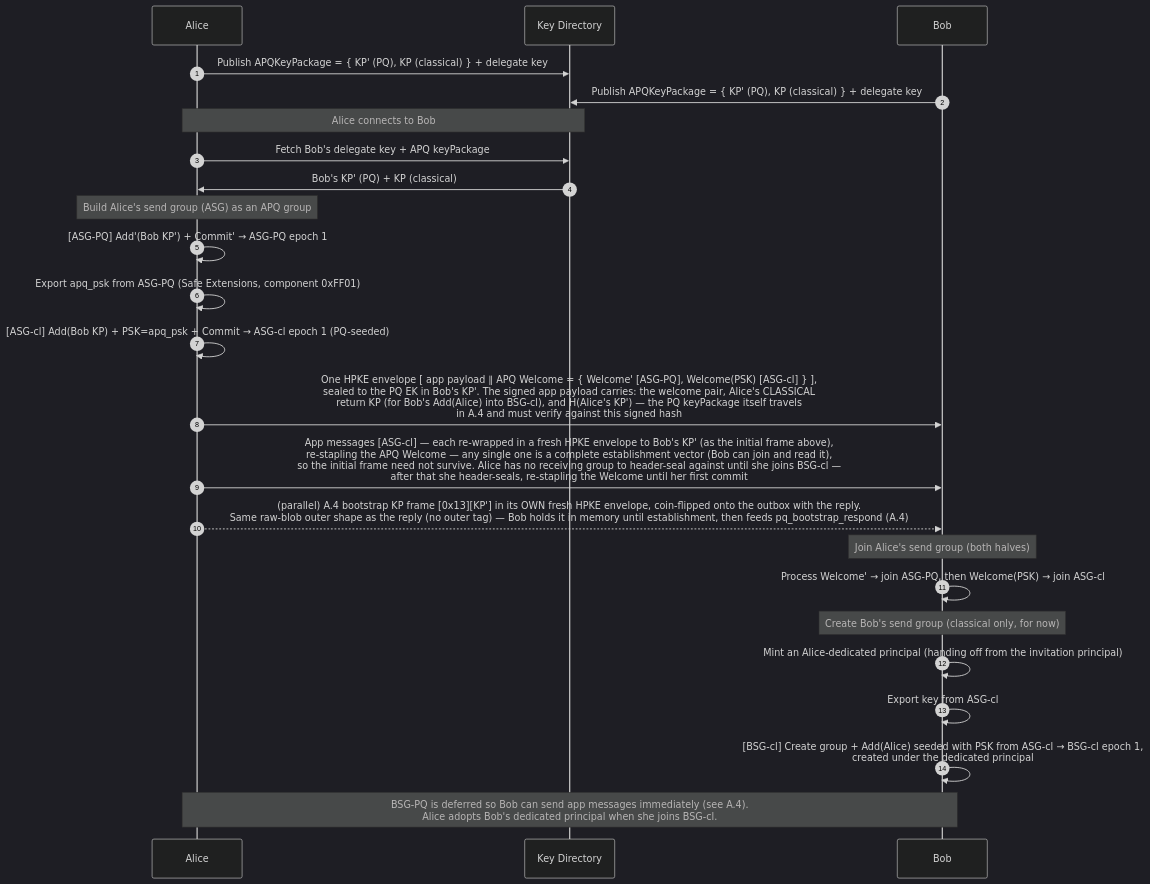
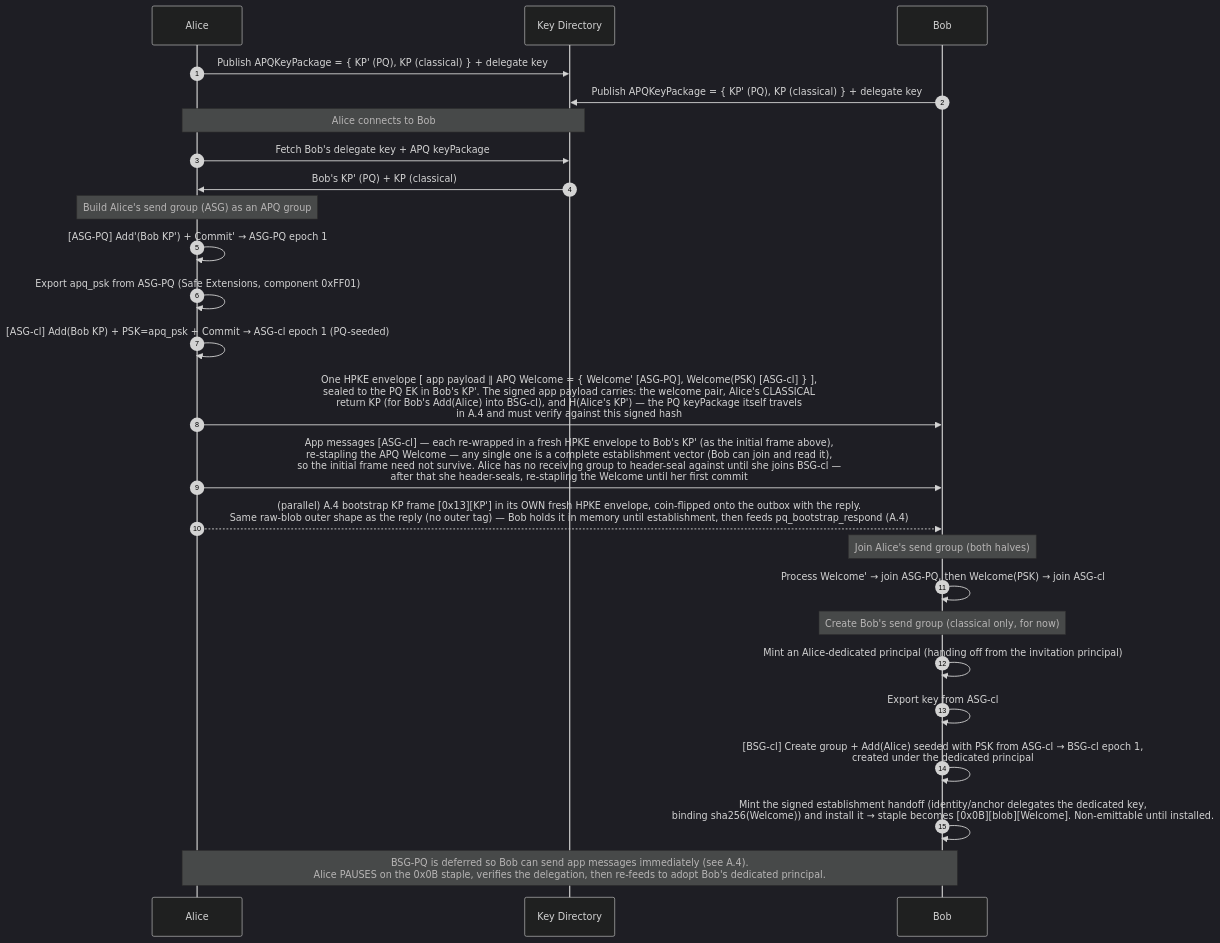
The sixth of 10 diagrams in book/src/protocol-flows.md (germ-network/TwoMLSPQ), drawn with Mermaid (dark theme) before and after one commit. The commit also changed other lines of this file and 2 other files, not shown here.

First line of the commit message:
Document contract-26 establishment handoff (book + changeset)

````diff
--- a/book/src/protocol-flows.md
+++ b/book/src/protocol-flows.md
@@ -344,32 +344,33 @@
 ```mermaid
 sequenceDiagram
     autonumber
     participant Alice
     participant KeyDir as Key Directory
     participant Bob
 
     Alice->>KeyDir: Publish APQKeyPackage = { KP' (PQ), KP (classical) } + delegate key
     Bob->>KeyDir: Publish APQKeyPackage = { KP' (PQ), KP (classical) } + delegate key
 
     Note over Alice,KeyDir: Alice connects to Bob
     Alice->>KeyDir: Fetch Bob's delegate key + APQ keyPackage
     KeyDir->>Alice: Bob's KP' (PQ) + KP (classical)
 
     Note over Alice: Build Alice's send group (ASG) as an APQ group
     Alice->>Alice: [ASG-PQ] Add'(Bob KP') + Commit' → ASG-PQ epoch 1
     Alice->>Alice: Export apq_psk from ASG-PQ (Safe Extensions, component 0xFF01)
     Alice->>Alice: [ASG-cl] Add(Bob KP) + PSK=apq_psk + Commit → ASG-cl epoch 1 (PQ-seeded)
 
     Alice->>Bob: One HPKE envelope [ app payload ∥ APQ Welcome = { Welcome' [ASG-PQ], Welcome(PSK) [ASG-cl] } ],<br/>sealed to the PQ EK in Bob's KP'. The signed app payload carries: the welcome pair, Alice's CLASSICAL<br/>return KP (for Bob's Add(Alice) into BSG-cl), and H(Alice's KP') — the PQ keyPackage itself travels<br/>in A.4 and must verify against this signed hash
     Alice->>Bob: App messages [ASG-cl] — each re-wrapped in a fresh HPKE envelope to Bob's KP' (as the initial frame above),<br/>re-stapling the APQ Welcome — any single one is a complete establishment vector (Bob can join and read it),<br/>so the initial frame need not survive. Alice has no receiving group to header-seal against until she joins BSG-cl —<br/>after that she header-seals, re-stapling the Welcome until her first commit
     Alice-->>Bob: (parallel) A.4 bootstrap KP frame [0x13][KP'] in its OWN fresh HPKE envelope, coin-flipped onto the outbox with the reply.<br/>Same raw-blob outer shape as the reply (no outer tag) — Bob holds it in memory until establishment, then feeds pq_bootstrap_respond (A.4)
 
     Note over Bob: Join Alice's send group (both halves)
     Bob->>Bob: Process Welcome' → join ASG-PQ, then Welcome(PSK) → join ASG-cl
 
     Note over Bob: Create Bob's send group (classical only, for now)
     Bob->>Bob: Mint an Alice-dedicated principal (handing off from the invitation principal)
     Bob->>Bob: Export key from ASG-cl
     Bob->>Bob: [BSG-cl] Create group + Add(Alice) seeded with PSK from ASG-cl → BSG-cl epoch 1,<br/>created under the dedicated principal
-    Note over Alice,Bob: BSG-PQ is deferred so Bob can send app messages immediately (see A.4).<br/>Alice adopts Bob's dedicated principal when she joins BSG-cl.
+    Bob->>Bob: Mint the signed establishment handoff (identity/anchor delegates the dedicated key,<br/>binding sha256(Welcome)) and install it → staple becomes [0x0B][blob][Welcome]. Non-emittable until installed.
+    Note over Alice,Bob: BSG-PQ is deferred so Bob can send app messages immediately (see A.4).<br/>Alice PAUSES on the 0x0B staple, verifies the delegation, then re-feeds to adopt Bob's dedicated principal.
 ```
````
